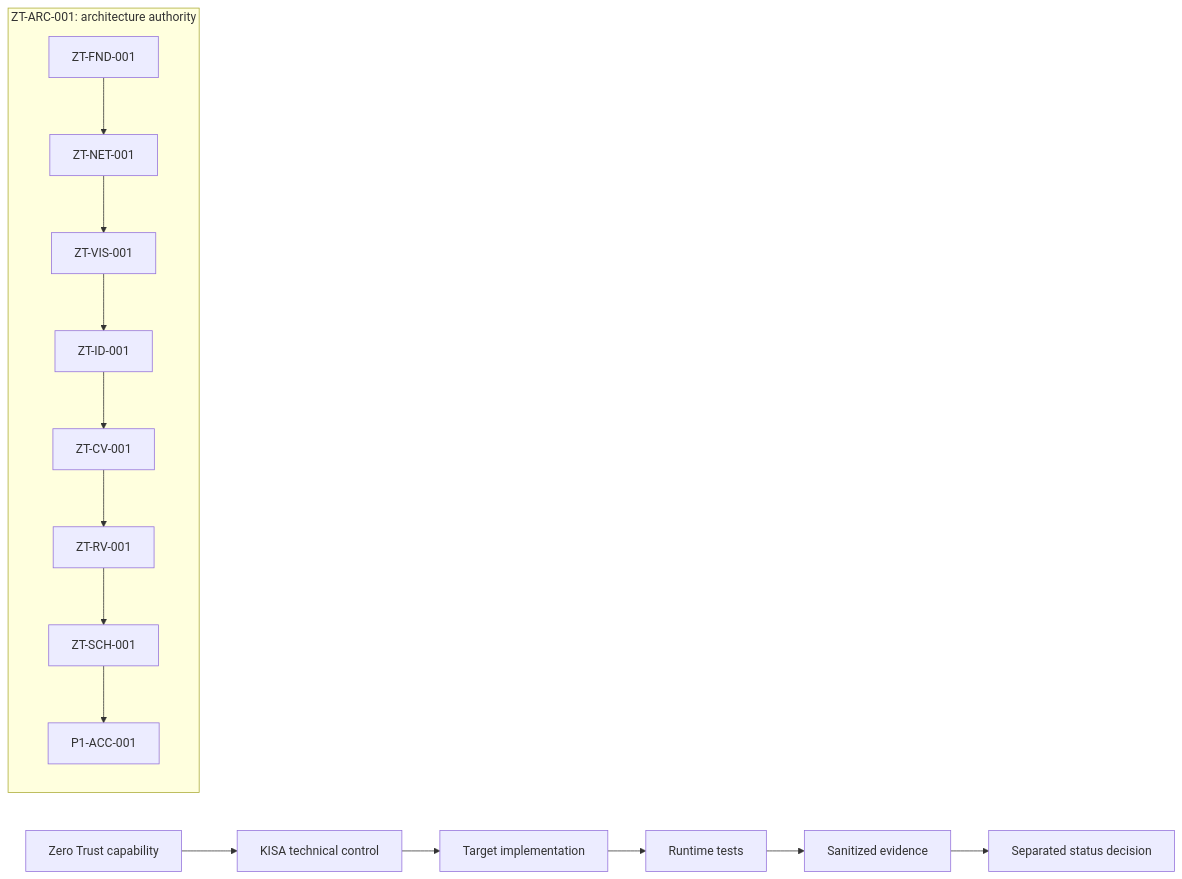
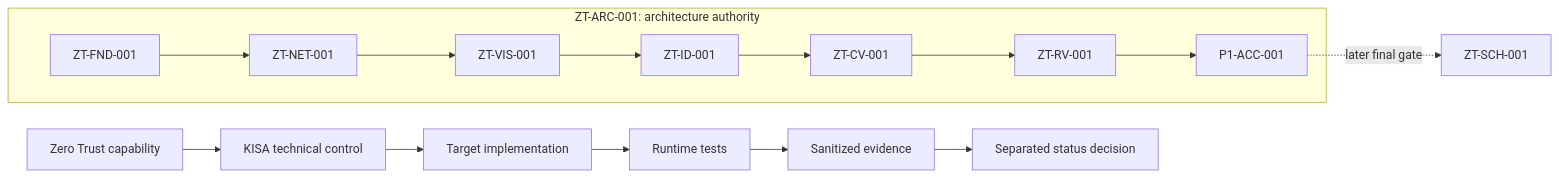
One commit to snsd-hybridinfra/snsd-multicloud-ops changed the diagram in docs/zero-trust/mappings/README.md. Above: the diagram before and after it, drawn with Mermaid. The commit also changed 474 other files, not shown here.

````diff
--- a/docs/zero-trust/mappings/README.md
+++ b/docs/zero-trust/mappings/README.md
@@ -17,9 +17,10 @@
 ```mermaid
 flowchart LR
   subgraph ARC["ZT-ARC-001: architecture authority"]
     FND["ZT-FND-001"] --> NET["ZT-NET-001"] --> VIS["ZT-VIS-001"] --> ID["ZT-ID-001"]
-    ID --> CV["ZT-CV-001"] --> RV["ZT-RV-001"] --> SCH["ZT-SCH-001"] --> ACC["P1-ACC-001"]
+    ID --> CV["ZT-CV-001"] --> RV["ZT-RV-001"] --> ACC["P1-ACC-001"]
   end
+  ACC -. "later final gate" .-> SCH["ZT-SCH-001"]
   CAP["Zero Trust capability"] --> KISA["KISA technical control"] --> TARGET["Target implementation"]
   TARGET --> TEST["Runtime tests"] --> EVID["Sanitized evidence"] --> DECIDE["Separated status decision"]
 ```
````
